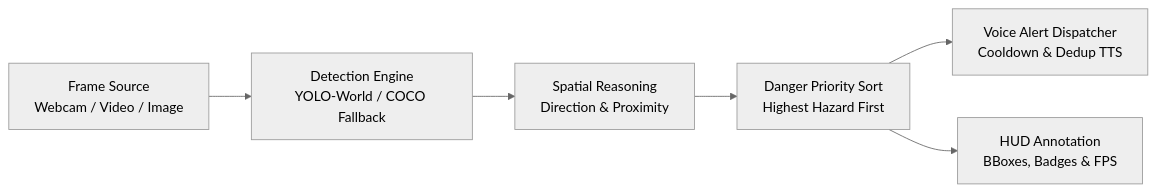
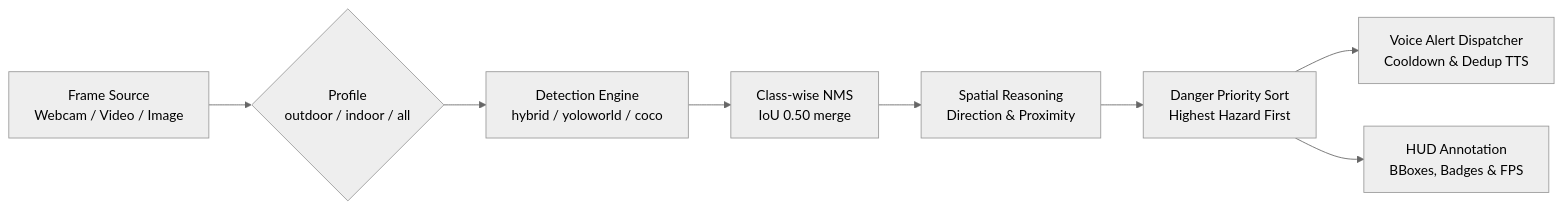
Before and after one commit to Nishxxnth/rodd-vision: the diagram in README.md, drawn with Mermaid (neutral theme). The commit also changed other lines of this file and 21 other files, not shown here.

````diff
--- a/README.md
+++ b/README.md
@@ -48,8 +52,10 @@
 ```mermaid
 flowchart LR
-    A[Frame Source<br/>Webcam / Video / Image] --> B[Detection Engine<br/>YOLO-World / COCO Fallback]
-    B --> C[Spatial Reasoning<br/>Direction & Proximity]
-    C --> D[Danger Priority Sort<br/>Highest Hazard First]
-    D --> E[Voice Alert Dispatcher<br/>Cooldown & Dedup TTS]
-    D --> F[HUD Annotation<br/>BBoxes, Badges & FPS]
+    A[Frame Source<br/>Webcam / Video / Image] --> B{Profile<br/>outdoor / indoor / all}
+    B --> C[Detection Engine<br/>hybrid / yoloworld / coco]
+    C --> D[Class-wise NMS<br/>IoU 0.50 merge]
+    D --> E[Spatial Reasoning<br/>Direction & Proximity]
+    E --> F[Danger Priority Sort<br/>Highest Hazard First]
+    F --> G[Voice Alert Dispatcher<br/>Cooldown & Dedup TTS]
+    F --> H[HUD Annotation<br/>BBoxes, Badges & FPS]
 ```
````
